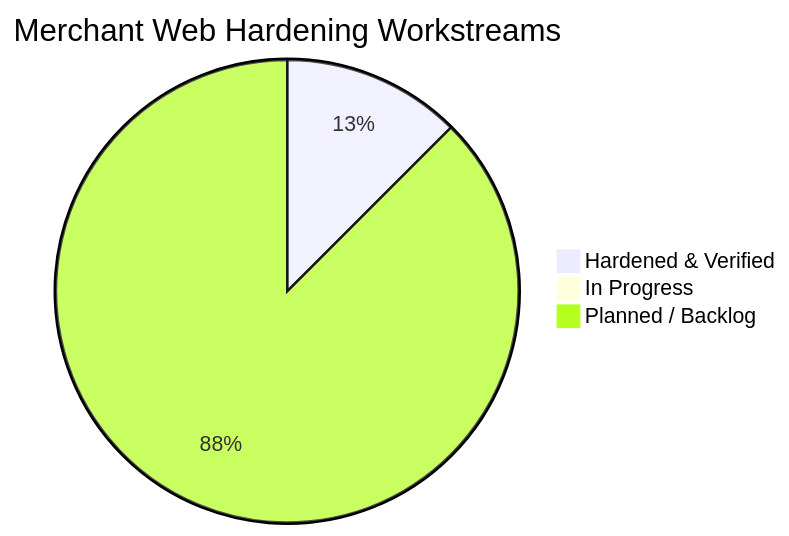
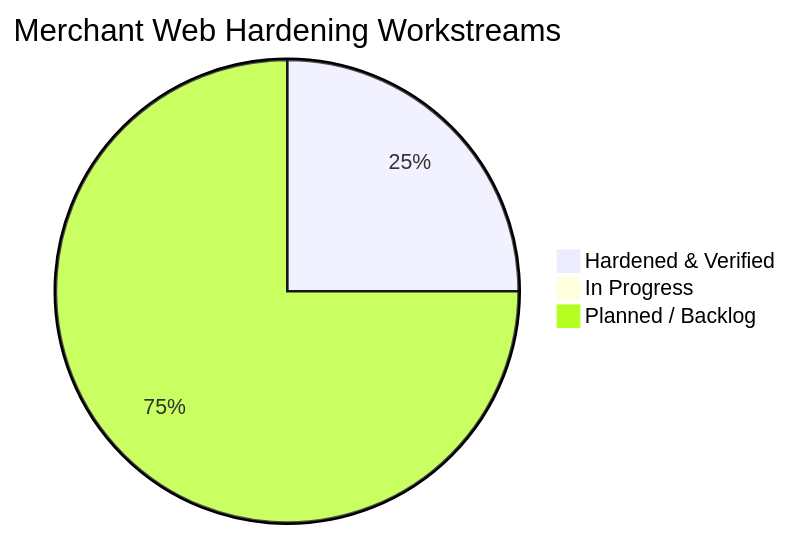
The first of 2 diagrams in merchant_web_hardening_tracker.md (UtkarshShrivastava1/qucom-platform-root), drawn with Mermaid before and after one commit. The commit also changed other lines of this file and 7 other files, not shown here.

````diff
--- a/merchant_web_hardening_tracker.md
+++ b/merchant_web_hardening_tracker.md
@@ -16,6 +16,6 @@
 ```mermaid
 pie title Merchant Web Hardening Workstreams
-    "Hardened & Verified" : 1
+    "Hardened & Verified" : 2
     "In Progress" : 0
-    "Planned / Backlog" : 7
+    "Planned / Backlog" : 6
 ```
````
